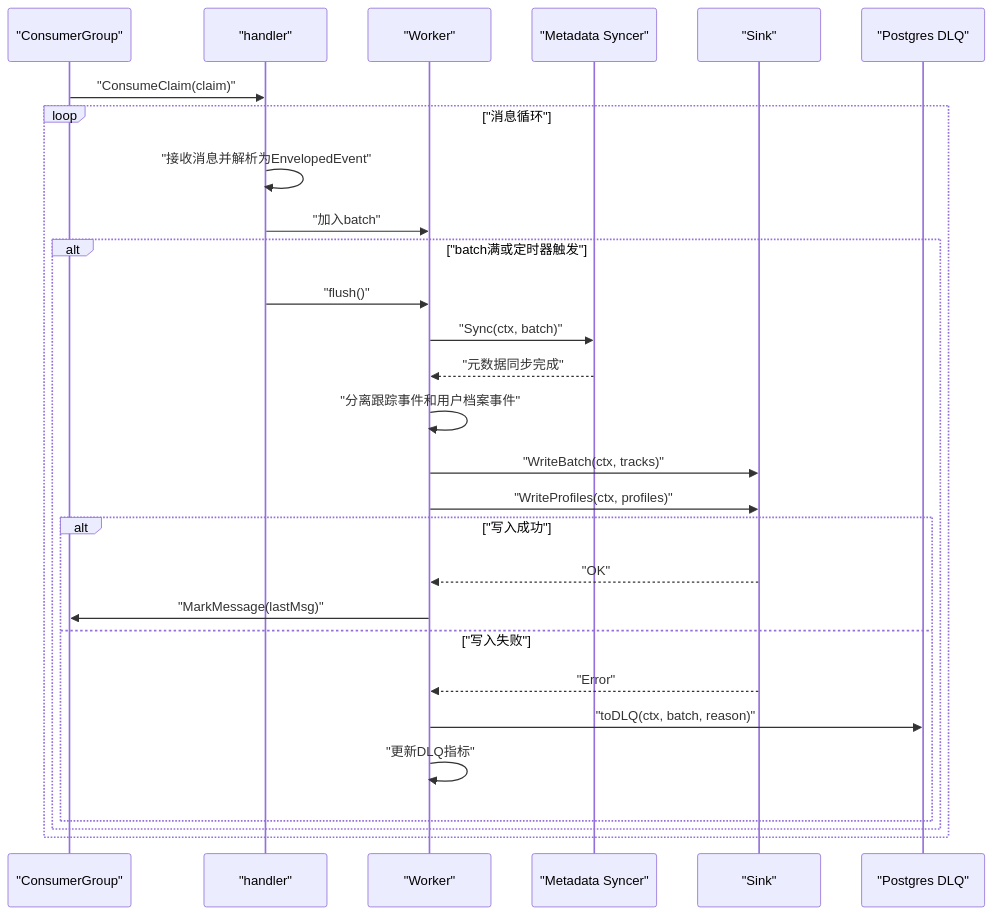
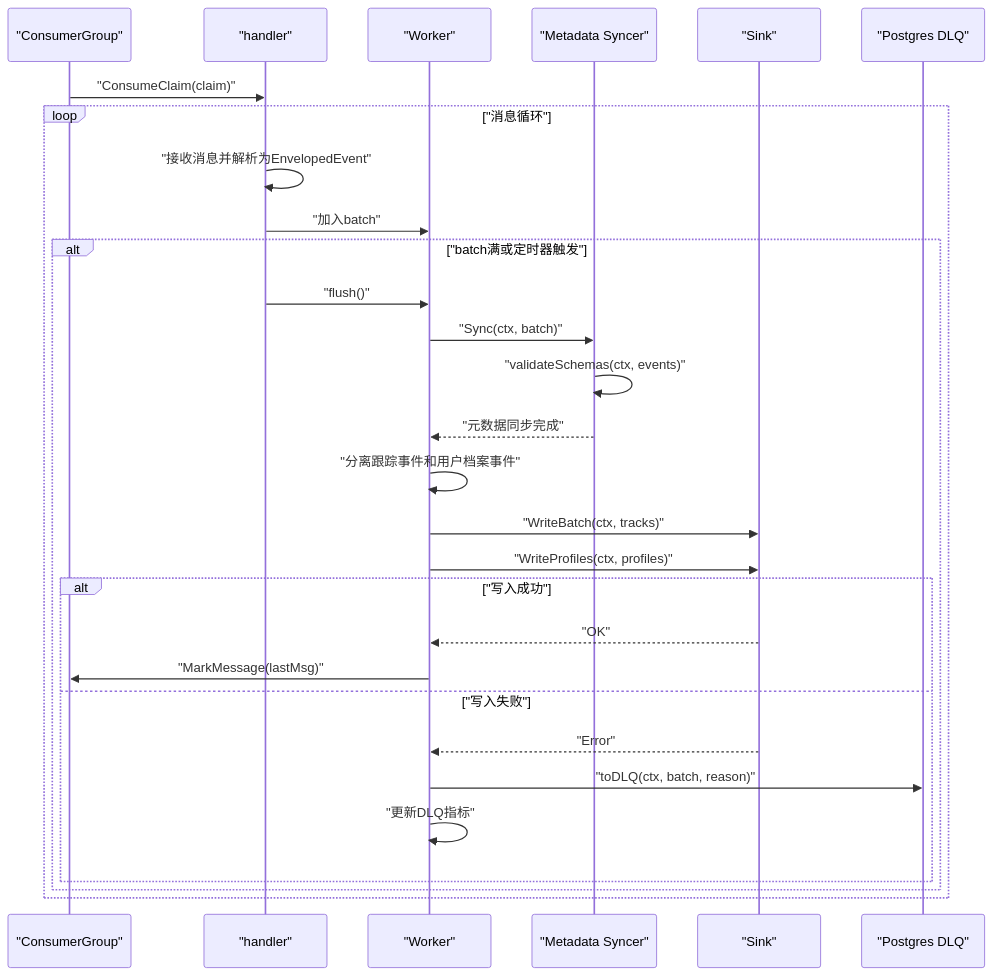
One commit to zhen-zhong/AeroLog changed the fourth of 10 diagrams in .qoder/repowiki/zh/content/后端服务架构/Consumer服务.md. Above: the diagram before and after it, drawn with Mermaid. The commit also changed other lines of this file and 130 other files, not shown here.

````diff
--- a/.qoder/repowiki/zh/content/后端服务架构/Consumer服务.md
+++ b/.qoder/repowiki/zh/content/后端服务架构/Consumer服务.md
@@ -203,30 +216,31 @@
 ```mermaid
 sequenceDiagram
 participant CG as "ConsumerGroup"
 participant H as "handler"
 participant W as "Worker"
 participant M as "Metadata Syncer"
 participant S as "Sink"
 participant PG as "Postgres DLQ"
 CG->>H : "ConsumeClaim(claim)"
 loop "消息循环"
 H->>H : "接收消息并解析为EnvelopedEvent"
 H->>W : "加入batch"
 alt "batch满或定时器触发"
 H->>W : "flush()"
 W->>M : "Sync(ctx, batch)"
+M->>M : "validateSchemas(ctx, events)"
 M-->>W : "元数据同步完成"
 W->>W : "分离跟踪事件和用户档案事件"
 W->>S : "WriteBatch(ctx, tracks)"
 W->>S : "WriteProfiles(ctx, profiles)"
 alt "写入成功"
 S-->>W : "OK"
 W->>CG : "MarkMessage(lastMsg)"
 else "写入失败"
 S-->>W : "Error"
 W->>PG : "toDLQ(ctx, batch, reason)"
 W->>W : "更新DLQ指标"
 end
 end
 end
 ```
````
